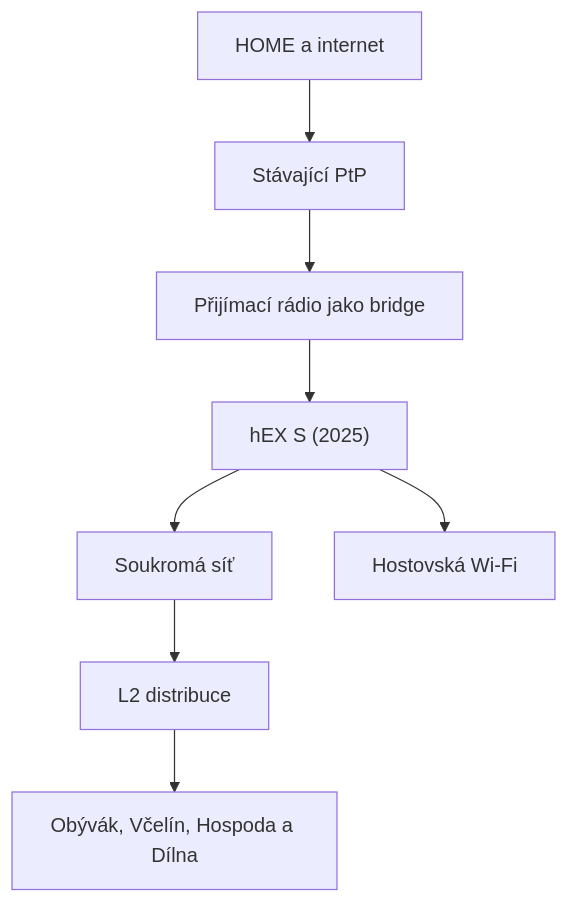
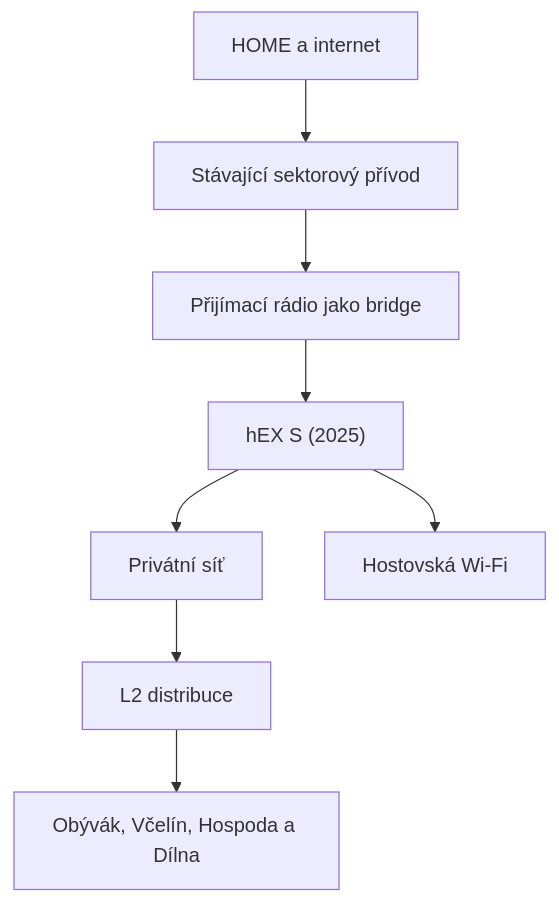
Before and after one commit to msporik/Madmike-infra: the second of 2 diagrams in Rybniky-Amerika/Topologie.md, drawn with Mermaid. The commit also changed other lines of this file and 3 other files, not shown here.

````diff
--- a/Rybniky-Amerika/Topologie.md
+++ b/Rybniky-Amerika/Topologie.md
@@ -35,10 +39,10 @@
 ```mermaid
 flowchart TD
-    HOME["HOME a internet"] --> LINK["Stávající PtP"]
+    HOME["HOME a internet"] --> LINK["Stávající sektorový přívod"]
     LINK --> BRIDGE["Přijímací rádio jako bridge"]
     BRIDGE --> HEX["hEX S (2025)"]
-    HEX --> PRIVATE["Soukromá síť"]
+    HEX --> PRIVATE["Privátní síť"]
     HEX --> GUEST["Hostovská Wi-Fi"]
     PRIVATE --> L2["L2 distribuce"]
     L2 --> BRANCHES["Obývák, Včelín, Hospoda a Dílna"]
 ```
````
